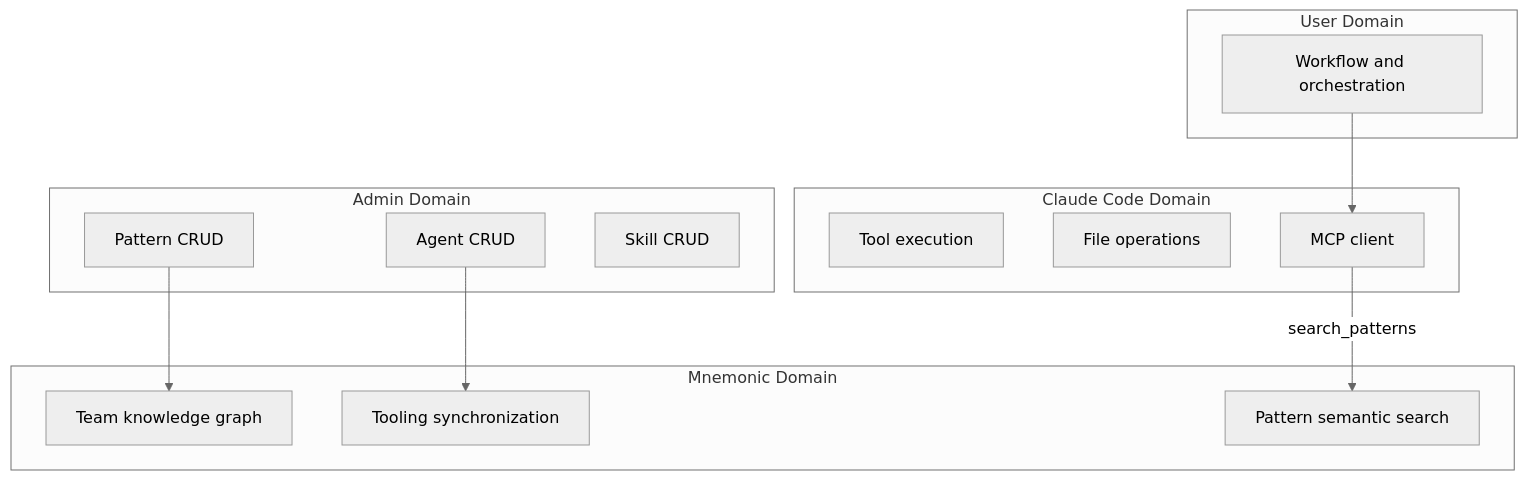
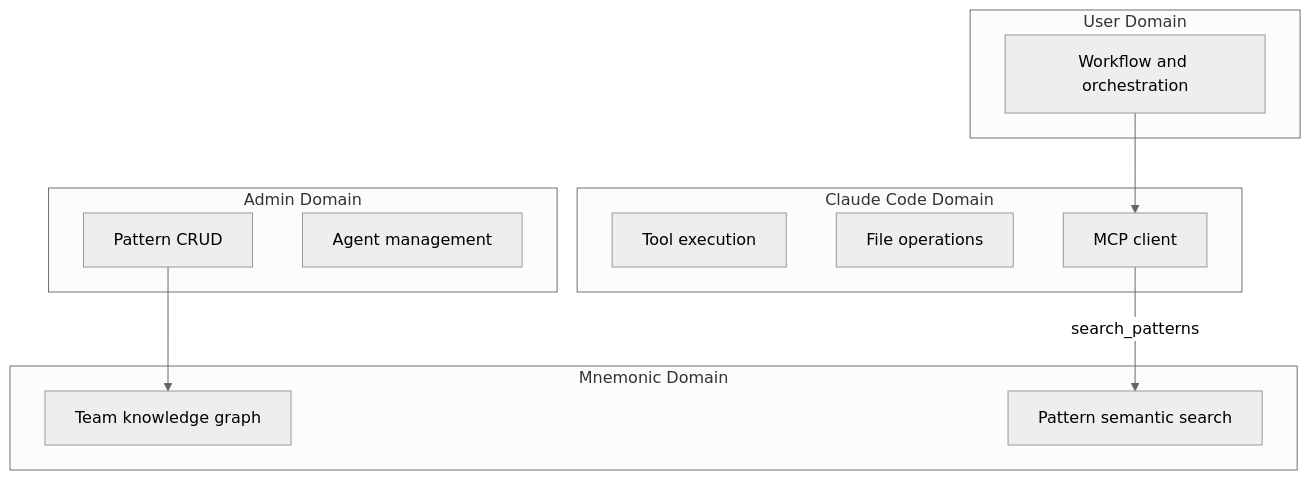
One commit to twistingmercury/mnemonic-docs changed the fourth of 4 diagrams in docs/architecture/system/02-system-architecture.md. Above: the diagram before and after it, drawn with Mermaid (neutral theme). The commit also changed other lines of this file, not shown here.

First line of the commit message:
docs: rewrite system architecture for MVP 2 decomposed service topology

````diff
--- a/docs/architecture/system/02-system-architecture.md
+++ b/docs/architecture/system/02-system-architecture.md
@@ -249,29 +234,26 @@
 ```mermaid
 graph TB
     subgraph "User Domain"
         UD1[Workflow and orchestration]
     end
 
     subgraph "Claude Code Domain"
         CD1[Tool execution]
         CD2[File operations]
         CD3[MCP client]
     end
 
     subgraph "Mnemonic Domain"
         MD1[Team knowledge graph]
         MD2[Pattern semantic search]
-        MD3[Tooling synchronization]
     end
 
     subgraph "Admin Domain"
         AD1[Pattern CRUD]
-        AD2[Agent CRUD]
-        AD3[Skill CRUD]
+        AD2[Agent management]
     end
 
     UD1 --> CD3
     CD3 -->|"search_patterns"| MD2
     AD1 --> MD1
-    AD2 --> MD3
 ```
````
